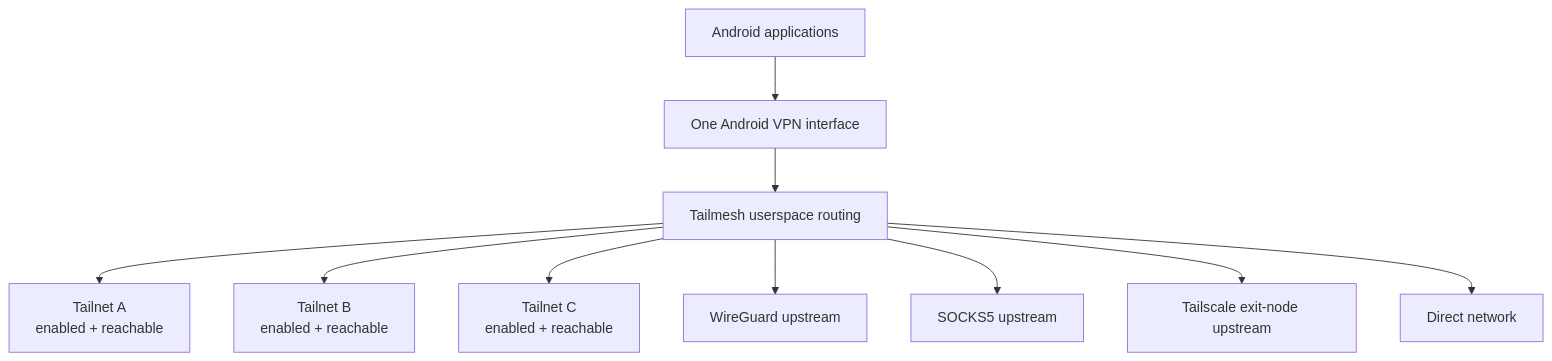
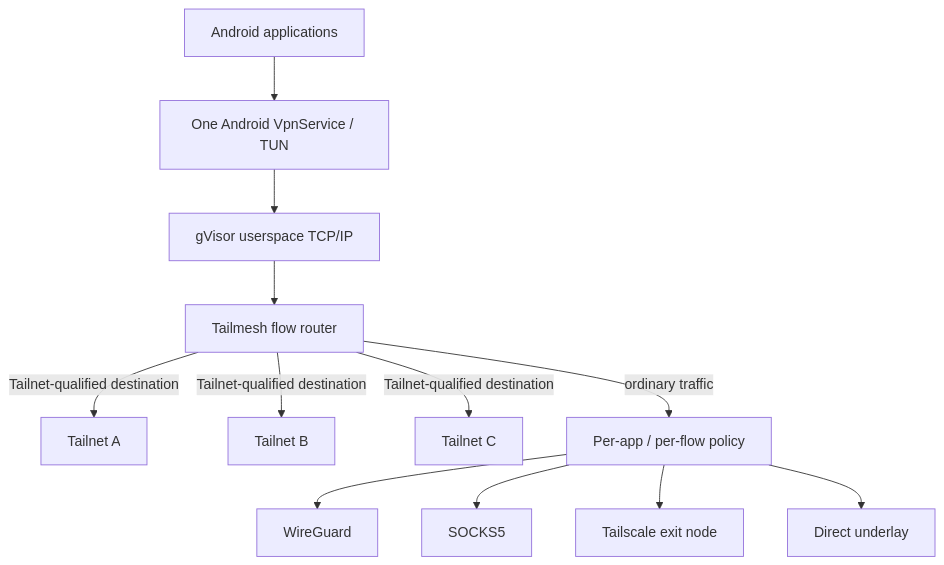
The first of 4 diagrams in README.md (franticplant/tailmesh-android), drawn with Mermaid before and after one commit. The commit also changed other lines of this file, not shown here.

Commit message:
docs: update README for current Tailmesh feature set

````diff
--- a/README.md
+++ b/README.md
@@ -9,27 +18,29 @@
 ```mermaid
 flowchart TB
     APPS["Android applications"]
-    VPN["One Android VPN interface"]
-    ROUTER["Tailmesh userspace routing"]
+    VPN["One Android VpnService / TUN"]
+    STACK["gVisor userspace TCP/IP"]
+    ROUTER["Tailmesh flow router"]
 
-    TA["Tailnet A<br/>enabled + reachable"]
-    TB["Tailnet B<br/>enabled + reachable"]
-    TC["Tailnet C<br/>enabled + reachable"]
+    TA["Tailnet A"]
+    TB["Tailnet B"]
+    TC["Tailnet C"]
 
-    WG["WireGuard upstream"]
-    SOCKS["SOCKS5 upstream"]
-    EXIT["Tailscale exit-node upstream"]
-    DIRECT["Direct network"]
+    POLICY["Per-app / per-flow policy"]
+    WG["WireGuard"]
+    SOCKS["SOCKS5"]
+    EXIT["Tailscale exit node"]
+    DIRECT["Direct underlay"]
 
-    APPS --> VPN
-    VPN --> ROUTER
+    APPS --> VPN --> STACK --> ROUTER
 
-    ROUTER --> TA
-    ROUTER --> TB
-    ROUTER --> TC
+    ROUTER -->|"Tailnet-qualified destination"| TA
+    ROUTER -->|"Tailnet-qualified destination"| TB
+    ROUTER -->|"Tailnet-qualified destination"| TC
 
-    ROUTER --> WG
-    ROUTER --> SOCKS
-    ROUTER --> EXIT
-    ROUTER --> DIRECT
+    ROUTER -->|"ordinary traffic"| POLICY
+    POLICY --> WG
+    POLICY --> SOCKS
+    POLICY --> EXIT
+    POLICY --> DIRECT
 ```
````
